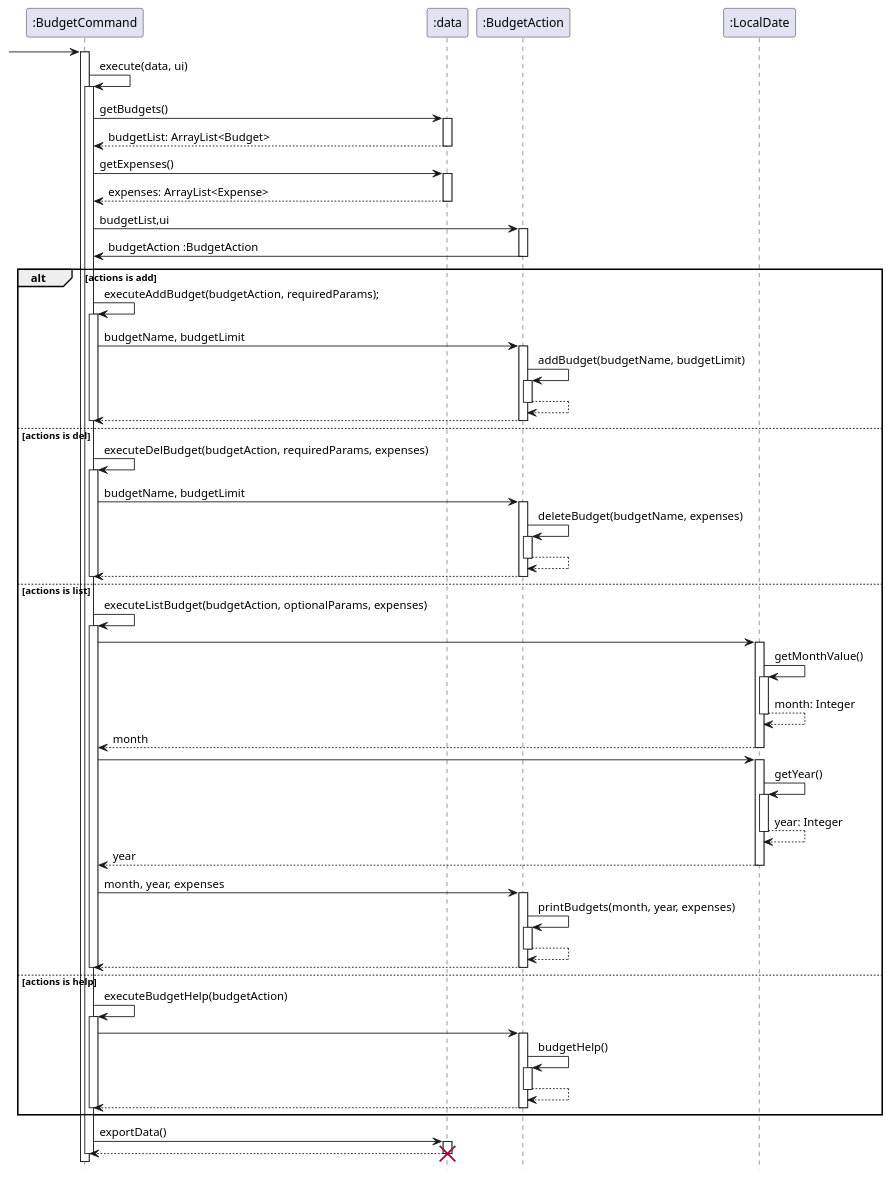
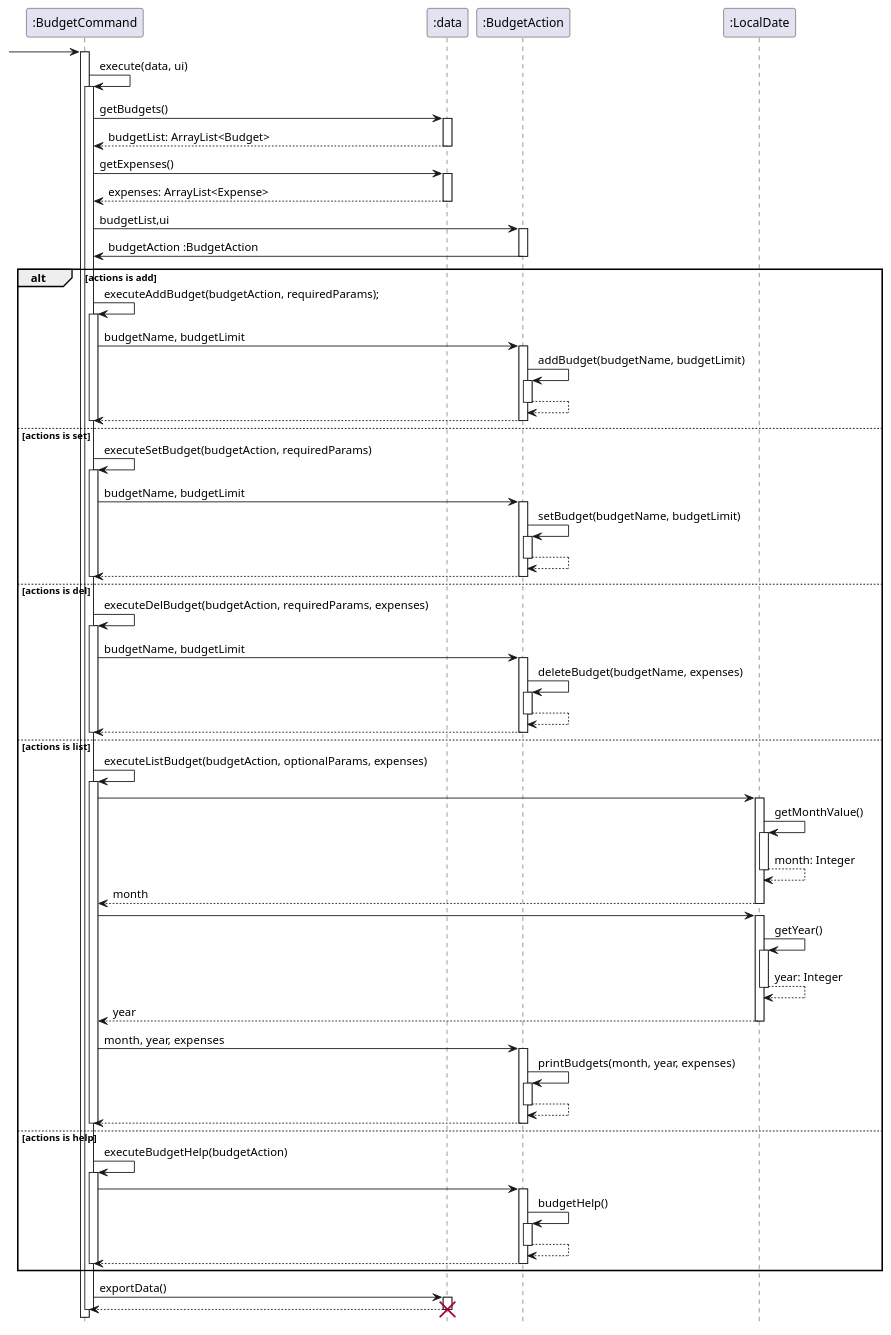
One commit to stephenkyang/tp changed the diagram in docs/uml/BudgetCommandSequence.puml. Above: the diagram before and after it, drawn with PlantUML.

Commit message:
add set method to budget command sequence diagram

```diff
--- a/docs/uml/BudgetCommandSequence.puml
+++ b/docs/uml/BudgetCommandSequence.puml
@@ -1,118 +1,130 @@
 @startuml
 
 hide footbox
 
  -> ":BudgetCommand":
 
 activate ":BudgetCommand"
 ":BudgetCommand" -> ":BudgetCommand": execute(data, ui)
 activate  ":BudgetCommand"
 ":BudgetCommand" -> ":data": getBudgets()
 activate ":data"
 return budgetList: ArrayList<Budget>
 deactivate ":data"
 
 
 
 ":BudgetCommand" -> ":data": getExpenses()
 activate ":data"
 return expenses: ArrayList<Expense>
 
 ":BudgetCommand" -> ":BudgetAction" : budgetList,ui
 activate ":BudgetAction"
 ":BudgetAction" -> ":BudgetCommand" : budgetAction :BudgetAction
 deactivate ":BudgetAction"
 
 
 alt actions is add
 ":BudgetCommand" -> ":BudgetCommand": executeAddBudget(budgetAction, requiredParams);
 activate ":BudgetCommand"
 ":BudgetCommand" -> ":BudgetAction" : budgetName, budgetLimit
 activate ":BudgetAction"
 ":BudgetAction" -> ":BudgetAction" : addBudget(budgetName, budgetLimit)
 activate ":BudgetAction"
 
+return
+return
 
+deactivate ":BudgetCommand"
+
+else actions is set
+
+":BudgetCommand" -> ":BudgetCommand": executeSetBudget(budgetAction, requiredParams)
+activate ":BudgetCommand"
+":BudgetCommand" -> ":BudgetAction" : budgetName, budgetLimit
+activate ":BudgetAction"
+":BudgetAction" -> ":BudgetAction" : setBudget(budgetName, budgetLimit)
+activate ":BudgetAction"
 
 return
 return
 
 
 
 deactivate ":BudgetCommand"
 
 else actions is del
 ":BudgetCommand" -> ":BudgetCommand": executeDelBudget(budgetAction, requiredParams, expenses)
 activate ":BudgetCommand"
 ":BudgetCommand" -> ":BudgetAction" : budgetName, budgetLimit
 activate ":BudgetAction"
 ":BudgetAction" -> ":BudgetAction" : deleteBudget(budgetName, expenses)
 activate ":BudgetAction"
 return
 return
 
 deactivate ":BudgetCommand"
 
 else actions is list
 ":BudgetCommand" -> ":BudgetCommand": executeListBudget(budgetAction, optionalParams, expenses)
 activate ":BudgetCommand"
 
 ":BudgetCommand" -> ":LocalDate":
 activate ":LocalDate"
 ":LocalDate" -> ":LocalDate": getMonthValue()
 activate ":LocalDate"
 return month: Integer
 return month
 
 
 ":BudgetCommand" -> ":LocalDate":
 activate ":LocalDate"
 ":LocalDate" -> ":LocalDate": getYear()
 activate ":LocalDate"
 return year: Integer
 return year
 
 ":BudgetCommand" -> ":BudgetAction" : month, year, expenses
 activate ":BudgetAction"
 ":BudgetAction" -> ":BudgetAction" : printBudgets(month, year, expenses)
 activate ":BudgetAction"
 return
 return
 
 deactivate ":BudgetCommand"
 
 else actions is help
 ":BudgetCommand" -> ":BudgetCommand": executeBudgetHelp(budgetAction)
 activate ":BudgetCommand"
 ":BudgetCommand" -> ":BudgetAction"
 activate ":BudgetAction"
 ":BudgetAction" -> ":BudgetAction" : budgetHelp()
 activate ":BudgetAction"
 return
 return
 
 deactivate ":BudgetCommand"
 end
 
 ":BudgetCommand" -> ":data": exportData()
 activate ":data"
 return
 deactivate ":data"
 destroy ":data"
 
 deactivate ":data"
 deactivate ":BudgetCommand"
 
 
 
 
 
 
 
 
 
 
 
 
 
 @enduml
```
